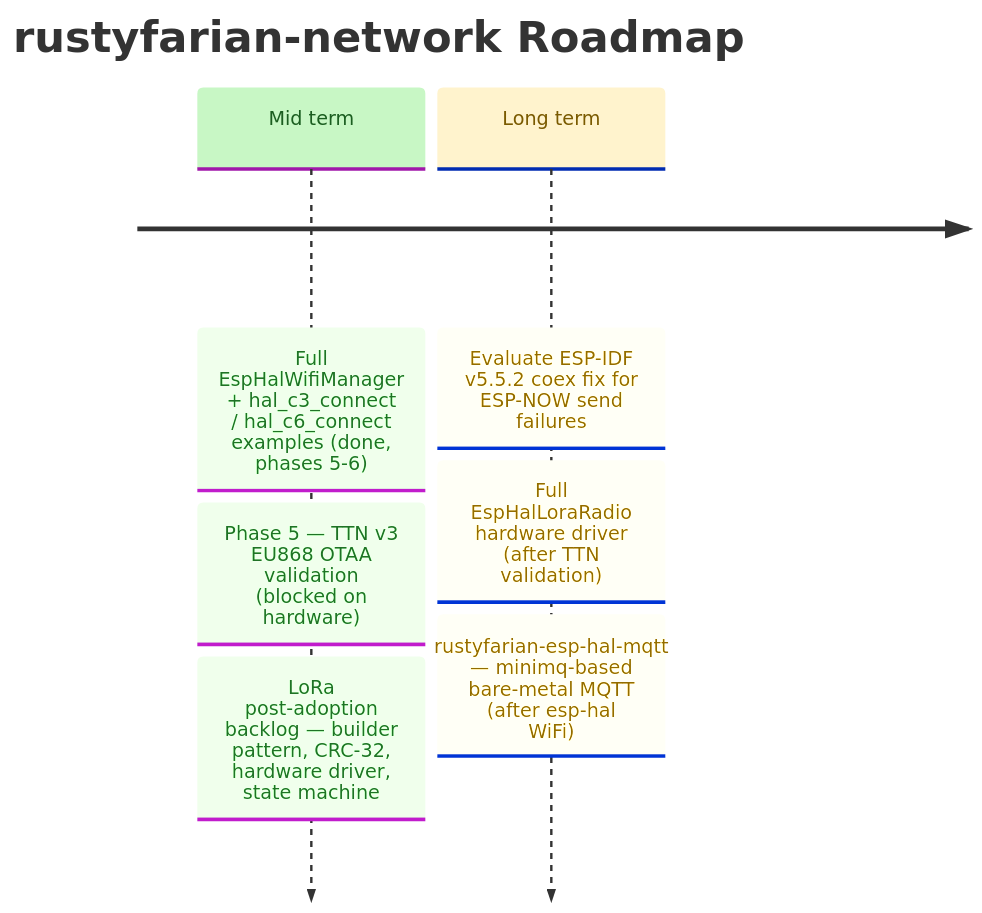
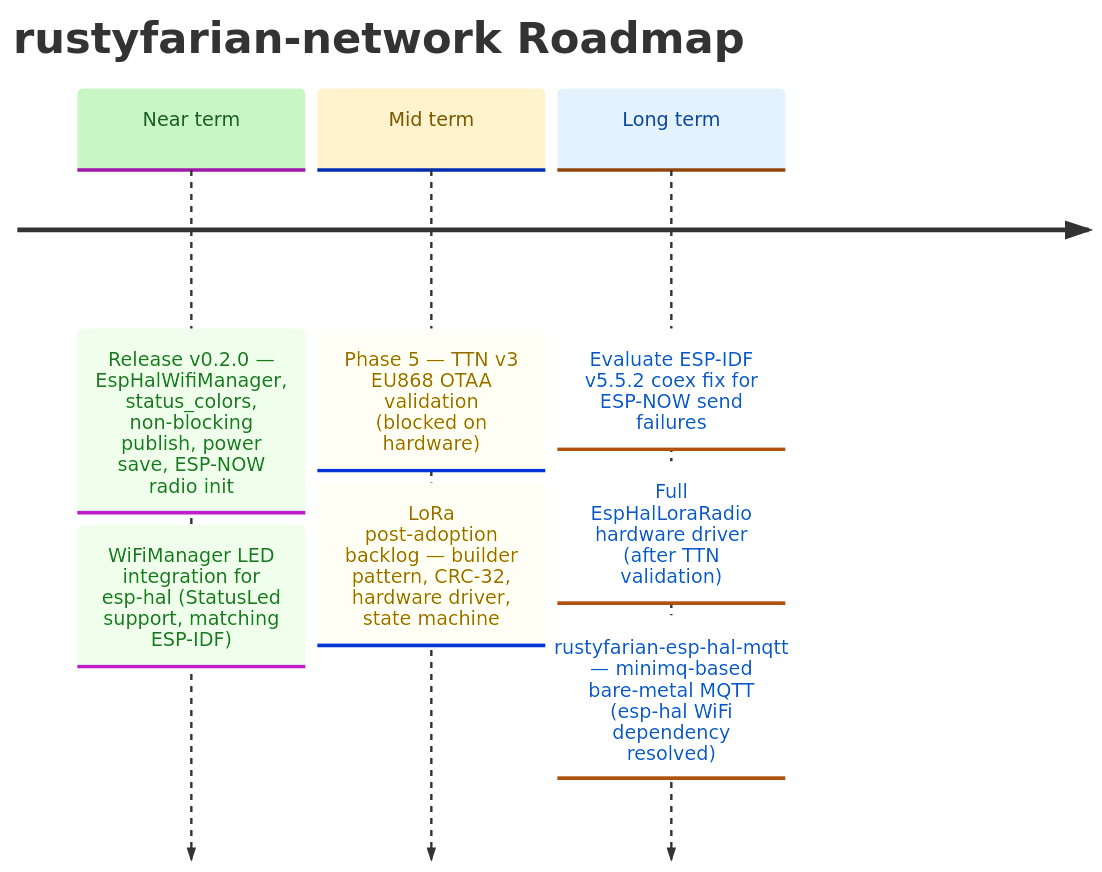
One commit to datenkollektiv/rustyfarian-network changed the diagram in docs/ROADMAP.md. Above: the diagram before and after it, drawn with Mermaid. The commit also changed other lines of this file and 11 other files, not shown here.

Commit message:
Enhance Wi-Fi manager with LED status feedback and example updates

````diff
--- a/docs/ROADMAP.md
+++ b/docs/ROADMAP.md
@@ -9,24 +9,26 @@
 ```mermaid
 %%{init: {
   "theme": "base",
   "themeVariables": {
     "cScale0": "#c8f7c5",
     "cScaleLabel0": "#1b5e20",
     "cScale1": "#fff3cd",
     "cScaleLabel1": "#7a5a00",
     "cScale2": "#e3f2fd",
     "cScaleLabel2": "#0d47a1"
   }
 }}%%
 
 timeline
     title rustyfarian-network Roadmap
 
-    Mid term  : Full EspHalWifiManager + hal_c3_connect / hal_c6_connect examples (done, phases 5-6)
-              : Phase 5 — TTN v3 EU868 OTAA validation (blocked on hardware)
+    Near term : Release v0.2.0 — EspHalWifiManager, status_colors, non-blocking publish, power save, ESP-NOW radio init
+              : WiFiManager LED integration for esp-hal (StatusLed support, matching ESP-IDF)
+
+    Mid term  : Phase 5 — TTN v3 EU868 OTAA validation (blocked on hardware)
               : LoRa post-adoption backlog — builder pattern, CRC-32, hardware driver, state machine
 
     Long term : Evaluate ESP-IDF v5.5.2 coex fix for ESP-NOW send failures
               : Full EspHalLoraRadio hardware driver (after TTN validation)
-              : rustyfarian-esp-hal-mqtt — minimq-based bare-metal MQTT (after esp-hal WiFi)
+              : rustyfarian-esp-hal-mqtt — minimq-based bare-metal MQTT (esp-hal WiFi dependency resolved)
 ```
````
